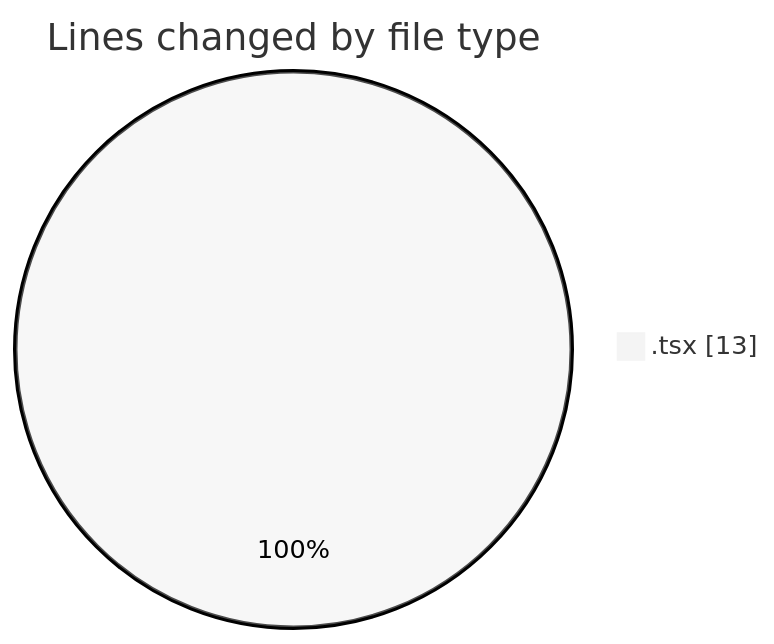
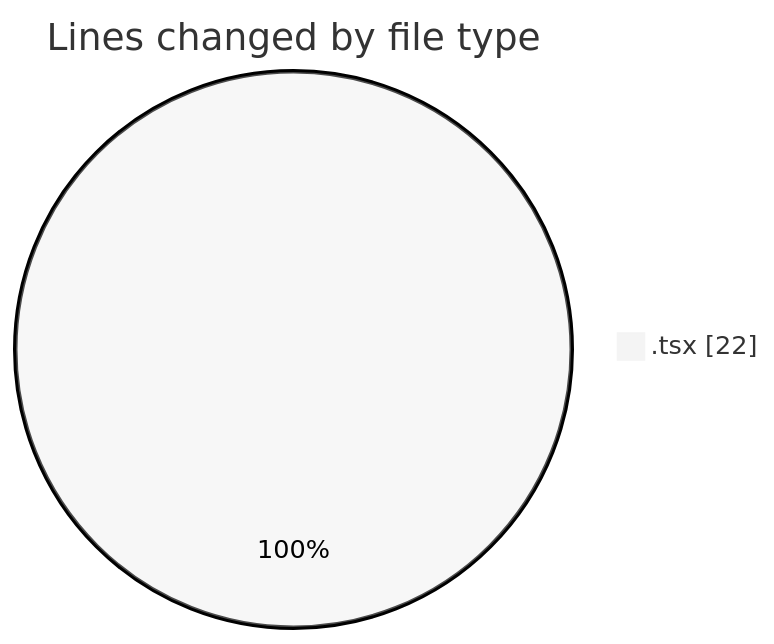
One commit to momahboobian/code-tracking changed the first of 2 diagrams in 2026-10-30/cda/README.md. Above: the diagram before and after it, drawn with Mermaid (neutral theme). The commit also changed other lines of this file and 1 other file, not shown here.

````diff
--- a/2026-10-30/cda/README.md
+++ b/2026-10-30/cda/README.md
@@ -20,5 +20,5 @@
 ```mermaid
 pie showData
 title Lines changed by file type
-".tsx" : 13
+".tsx" : 22
 ```
````
